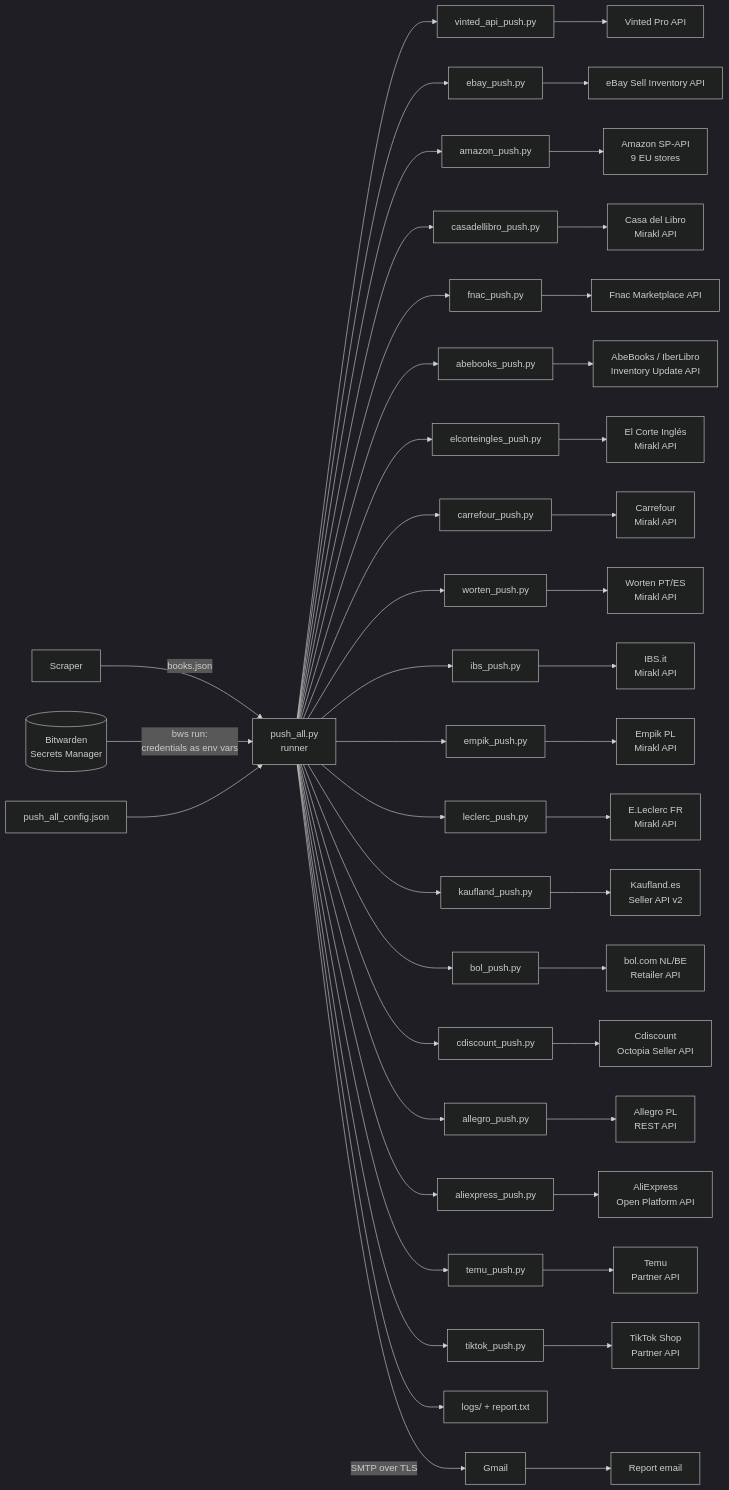
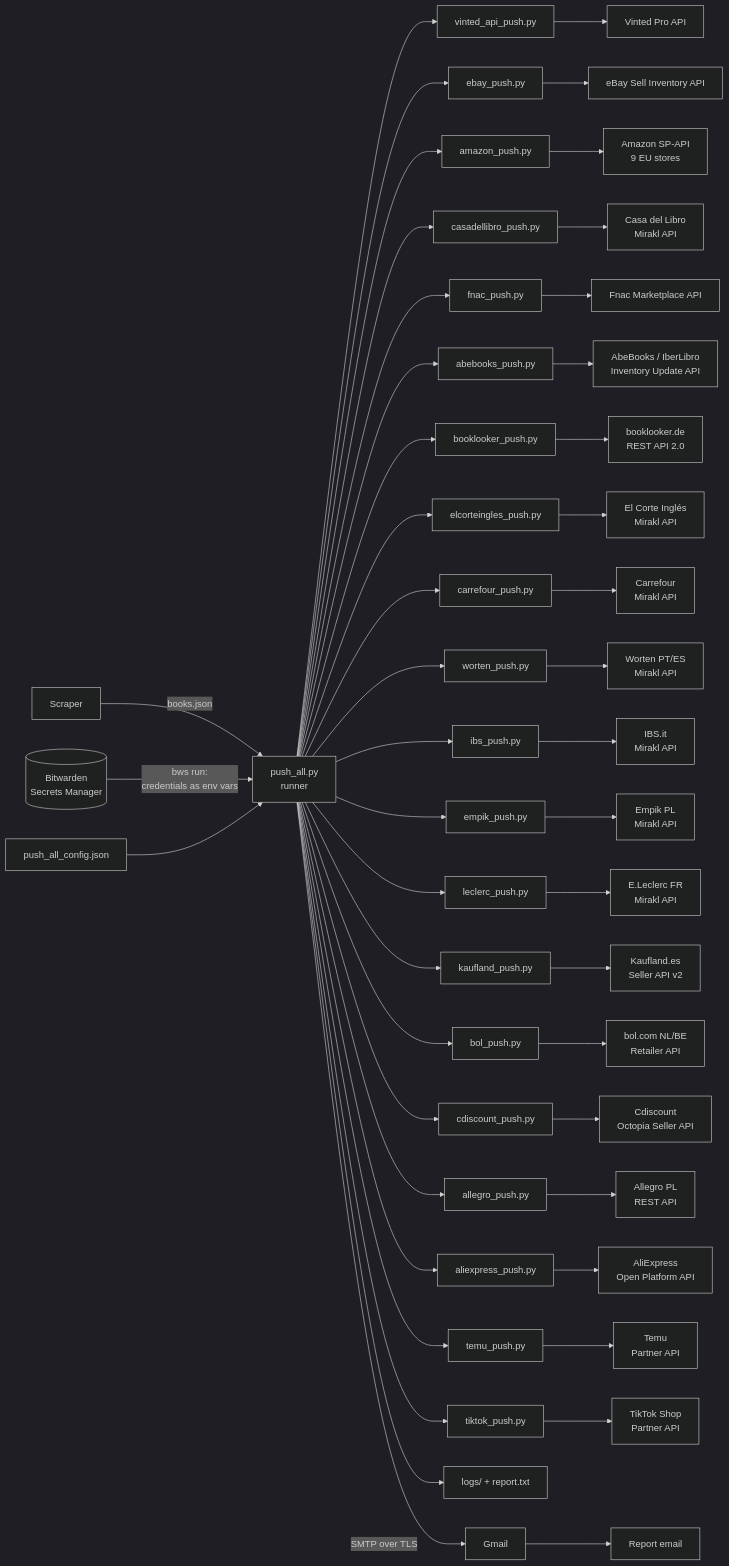
The diagram in docs/architecture.md (DavisGalla/products-api-push), drawn with Mermaid (dark theme) before and after one commit. The commit also changed other lines of this file and 13 other files, not shown here.

Commit message:
Add booklooker.de pusher (REST API 2.0, article file upload); include it in push_all, docs, architecture and capabilities PDFs

````diff
--- a/docs/architecture.md
+++ b/docs/architecture.md
@@ -29,27 +29,28 @@
 ```mermaid
 flowchart LR
     S[Scraper] -->|books.json| R
     BW[(Bitwarden<br>Secrets Manager)] -->|bws run:<br>credentials as env vars| R
     C[push_all_config.json] --> R
     R[push_all.py<br>runner] --> V[vinted_api_push.py] --> VA[Vinted Pro API]
     R --> E[ebay_push.py] --> EA[eBay Sell Inventory API]
     R --> A[amazon_push.py] --> AA[Amazon SP-API<br>9 EU stores]
     R --> CL[casadellibro_push.py] --> CLA[Casa del Libro<br>Mirakl API]
     R --> F[fnac_push.py] --> FA[Fnac Marketplace API]
     R --> AB[abebooks_push.py] --> ABA[AbeBooks / IberLibro<br>Inventory Update API]
+    R --> BL[booklooker_push.py] --> BLA[booklooker.de<br>REST API 2.0]
     R --> EC[elcorteingles_push.py] --> ECA[El Corte Inglés<br>Mirakl API]
     R --> CF[carrefour_push.py] --> CFA[Carrefour<br>Mirakl API]
     R --> W[worten_push.py] --> WA[Worten PT/ES<br>Mirakl API]
     R --> IB[ibs_push.py] --> IBA[IBS.it<br>Mirakl API]
     R --> EM[empik_push.py] --> EMA[Empik PL<br>Mirakl API]
     R --> LE[leclerc_push.py] --> LEA[E.Leclerc FR<br>Mirakl API]
     R --> K[kaufland_push.py] --> KA[Kaufland.es<br>Seller API v2]
     R --> BO[bol_push.py] --> BOA[bol.com NL/BE<br>Retailer API]
     R --> CD[cdiscount_push.py] --> CDA[Cdiscount<br>Octopia Seller API]
     R --> AL[allegro_push.py] --> ALA[Allegro PL<br>REST API]
     R --> AE[aliexpress_push.py] --> AEA[AliExpress<br>Open Platform API]
     R --> TM[temu_push.py] --> TMA[Temu<br>Partner API]
     R --> TT[tiktok_push.py] --> TTA[TikTok Shop<br>Partner API]
     R --> L[logs/ + report.txt]
     R -->|SMTP over TLS| G[Gmail] --> M[Report email]
 ```
````
